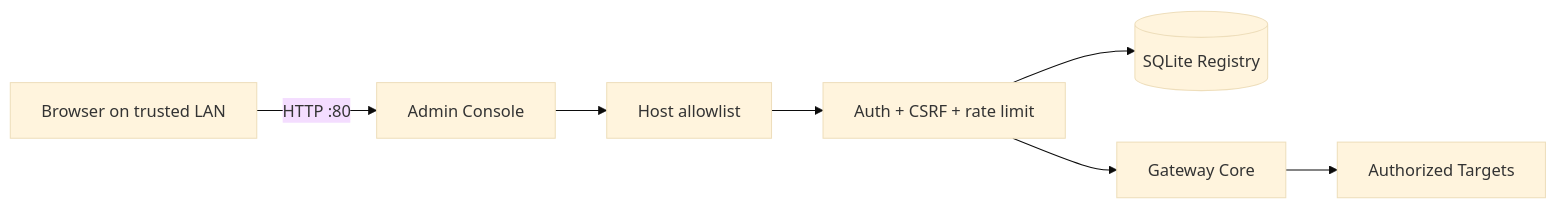
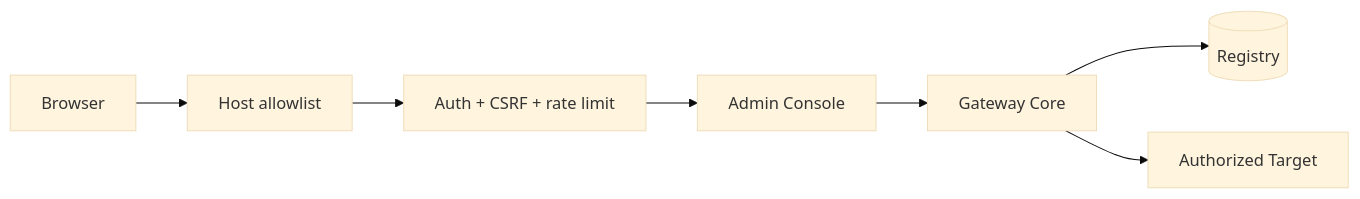
Before and after one commit to yorologo/Local-miniMCP: the diagram in docs/admin-console.md, drawn with Mermaid (base theme). The commit also changed other lines of this file and 76 other files, not shown here.

````diff
--- a/docs/admin-console.md
+++ b/docs/admin-console.md
@@ -17,9 +15,9 @@
 ```mermaid
 flowchart LR
-    B[Browser on trusted LAN] -->|HTTP :80| A[Admin Console]
-    A --> H[Host allowlist]
-    H --> AUTH[Auth + CSRF + rate limit]
-    AUTH --> R[(SQLite Registry)]
-    AUTH --> C[Gateway Core]
-    C --> T[Authorized Targets]
+    B[Browser] --> H[Host allowlist]
+    H --> A[Auth + CSRF + rate limit]
+    A --> W[Admin Console]
+    W --> G[Gateway Core]
+    G --> R[(Registry)]
+    G --> T[Authorized Target]
 ```
````
